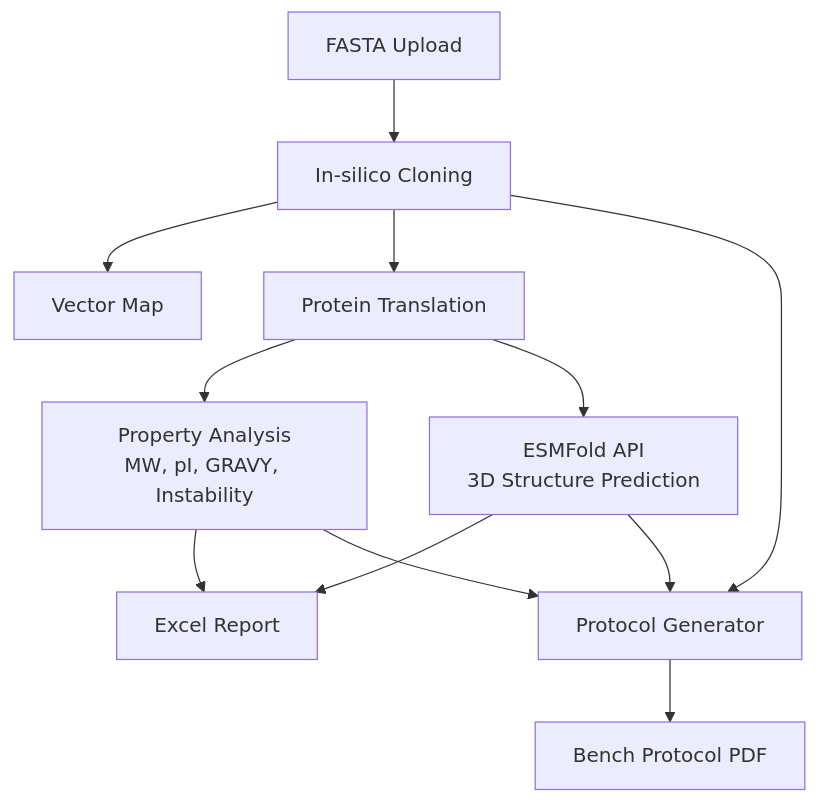
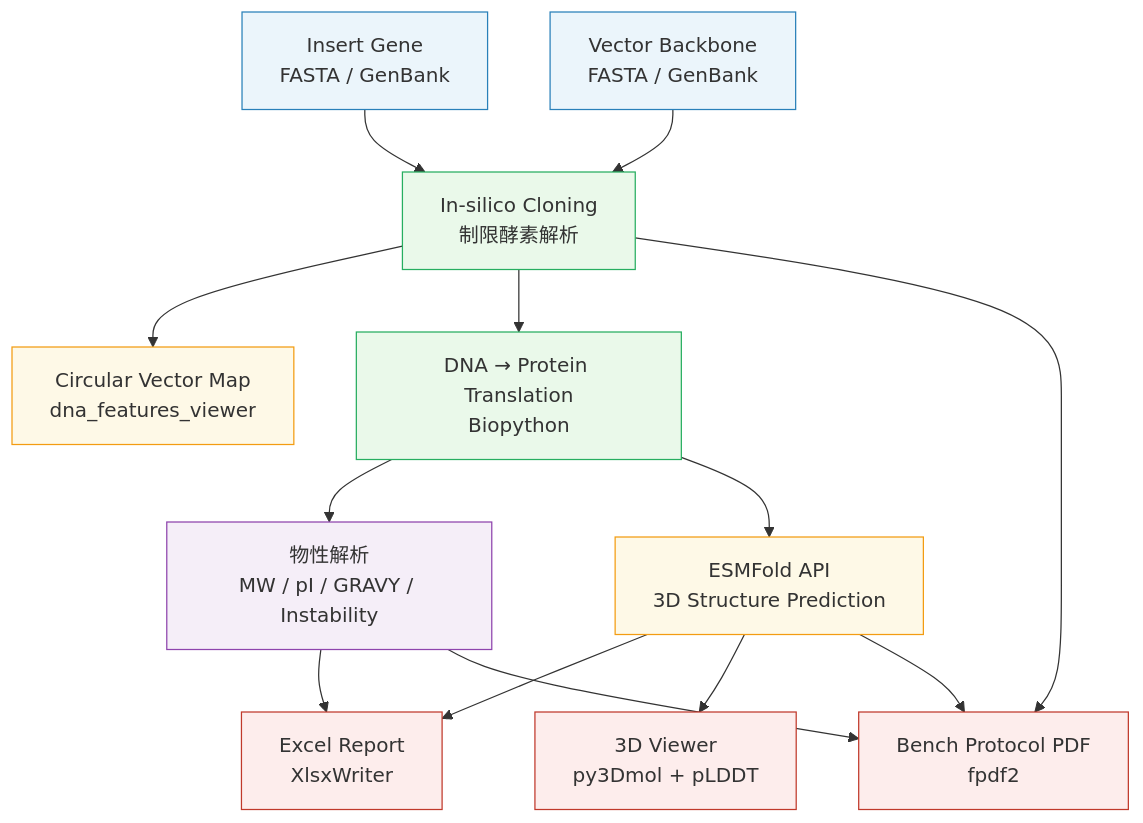
Before and after one commit to TSUBAKI0531/Vector2Fold: the diagram in README.md, drawn with Mermaid. The commit also changed other lines of this file and 1 other file, not shown here.

````diff
--- a/README.md
+++ b/README.md
@@ -38,14 +52,26 @@
 ```mermaid
-graph TB
-    A[FASTA Upload] --> B[In-silico Cloning]
-    B --> C[Vector Map]
-    B --> D[Protein Translation]
-    D --> E[Property Analysis<br/>MW, pI, GRAVY, Instability]
-    D --> F[ESMFold API<br/>3D Structure Prediction]
-    E --> G[Excel Report]
-    F --> G
-    B --> H[Protocol Generator]
-    E --> H
-    F --> H
-    H --> I[Bench Protocol PDF]
+flowchart TD
+    A1[Insert Gene<br/>FASTA / GenBank] --> C[In-silico Cloning<br/>制限酵素解析]
+    A2[Vector Backbone<br/>FASTA / GenBank] --> C
+    C --> D[Circular Vector Map<br/>dna_features_viewer]
+    C --> E[DNA → Protein Translation<br/>Biopython]
+    E --> F[物性解析<br/>MW / pI / GRAVY / Instability]
+    E --> G[ESMFold API<br/>3D Structure Prediction]
+    F --> H[Excel Report<br/>XlsxWriter]
+    G --> H
+    G --> I[3D Viewer<br/>py3Dmol + pLDDT]
+    C --> J[Bench Protocol PDF<br/>fpdf2]
+    F --> J
+    G --> J
+
+    style A1 fill:#EBF5FB,stroke:#2980B9
+    style A2 fill:#EBF5FB,stroke:#2980B9
+    style C  fill:#EAF9EA,stroke:#27AE60
+    style D  fill:#FEF9E7,stroke:#F39C12
+    style E  fill:#EAF9EA,stroke:#27AE60
+    style F  fill:#F5EEF8,stroke:#8E44AD
+    style G  fill:#FEF9E7,stroke:#F39C12
+    style H  fill:#FDEDEC,stroke:#C0392B
+    style I  fill:#FDEDEC,stroke:#C0392B
+    style J  fill:#FDEDEC,stroke:#C0392B
 ```
````
